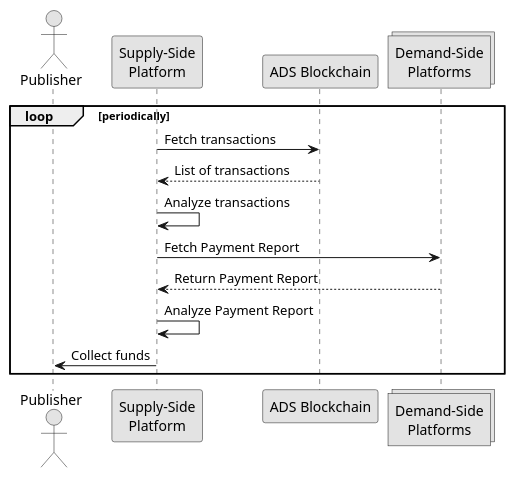
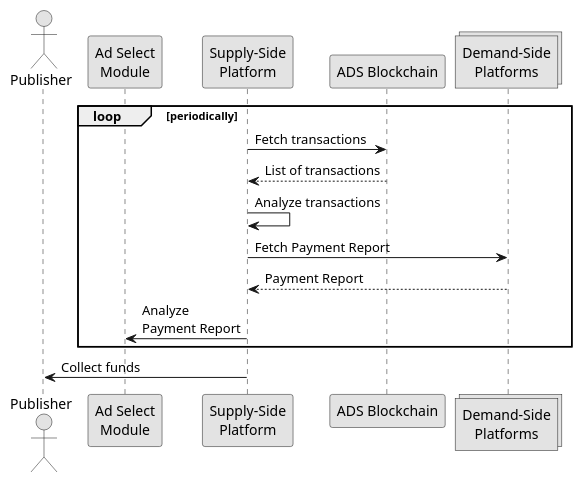
Before and after one commit to adshares/adshares-docs: the diagram in protocol/payments/payments_receiving.rst, drawn with PlantUML. The commit also changed other lines of this file and 4 other files, not shown here.

Commit message:
Ad Select Module

```diff
--- a/protocol/payments/payments_receiving.rst
+++ b/protocol/payments/payments_receiving.rst
@@ -6,20 +6,21 @@
 .. uml::
     :align: center
 
     skinparam monochrome true
 
     actor       "Publisher"                 as publisher
-    participant "Supply-Side\nPlatform"    as SSP
+    participant "Ad Select\nModule"         as ASM
+    participant "Supply-Side\nPlatform"     as SSP
     participant "ADS Blockchain"            as blockchain
-    collections "Demand-Side\nPlatforms"     as DSP
+    collections "Demand-Side\nPlatforms"    as DSP
 
     loop periodically
         SSP -> blockchain: Fetch transactions
         blockchain --> SSP: List of transactions
         SSP -> SSP: Analyze transactions
 
         SSP -> DSP: Fetch Payment Report
-        DSP --> SSP: Return Payment Report
-        SSP -> SSP: Analyze Payment Report
-        SSP -> publisher: Collect funds
+        DSP --> SSP: Payment Report
+        SSP -> ASM: Analyze\nPayment Report
     end
+    SSP -> publisher: Collect funds
```
